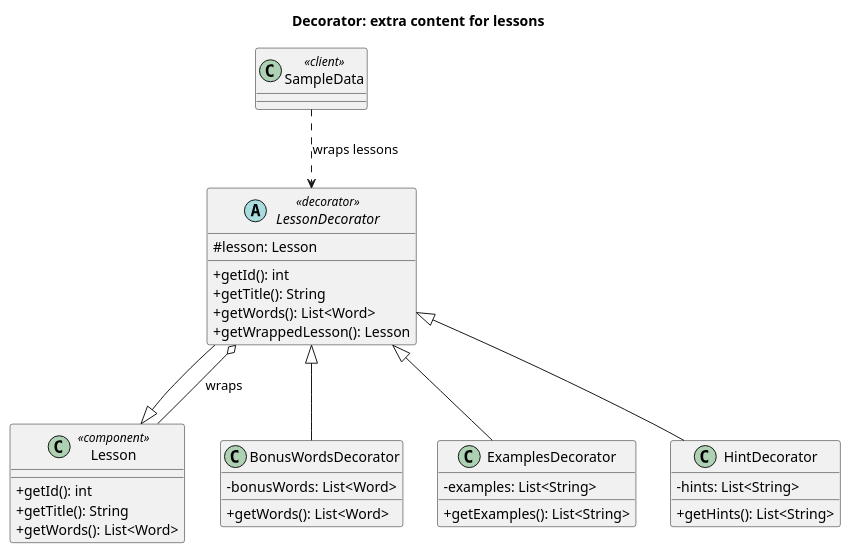
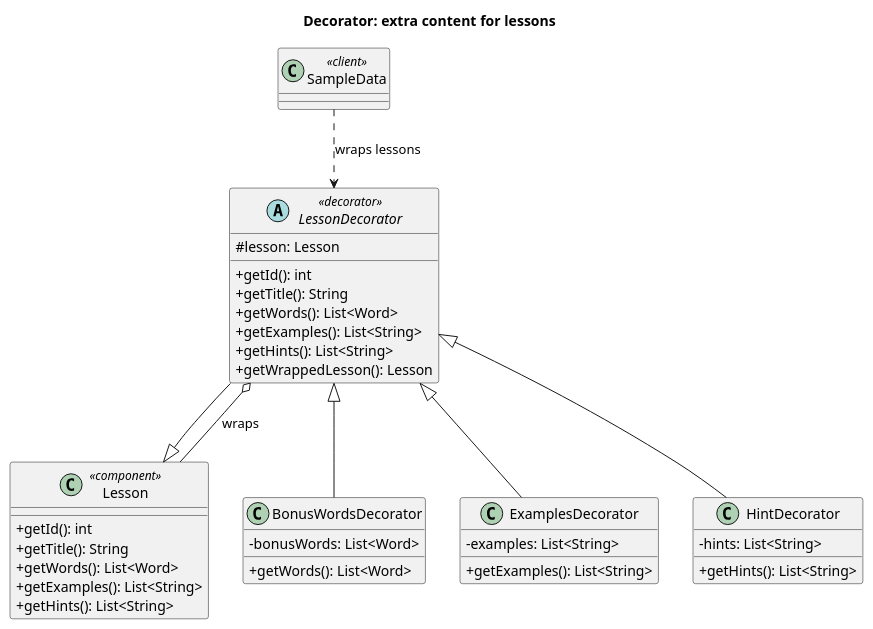
One commit to dariyase2508/SDP_FinalProject changed the diagram in diagrams/decorator.puml. Above: the diagram before and after it, drawn with PlantUML. The commit also changed 2 other files, not shown here.

```diff
--- a/diagrams/decorator.puml
+++ b/diagrams/decorator.puml
@@ -1,37 +1,41 @@
 @startuml decorator
 title Decorator: extra content for lessons
 skinparam classAttributeIconSize 0
 
 class Lesson <<component>> {
   +getId(): int
   +getTitle(): String
   +getWords(): List<Word>
+  +getExamples(): List<String>
+  +getHints(): List<String>
 }
 abstract class LessonDecorator <<decorator>> {
   #lesson: Lesson
   +getId(): int
   +getTitle(): String
   +getWords(): List<Word>
+  +getExamples(): List<String>
+  +getHints(): List<String>
   +getWrappedLesson(): Lesson
 }
 class BonusWordsDecorator {
   -bonusWords: List<Word>
   +getWords(): List<Word>
 }
 class ExamplesDecorator {
   -examples: List<String>
   +getExamples(): List<String>
 }
 class HintDecorator {
   -hints: List<String>
   +getHints(): List<String>
 }
 class SampleData <<client>>
 
 LessonDecorator --|> Lesson
 LessonDecorator o-- Lesson : wraps
 LessonDecorator <|-- BonusWordsDecorator
 LessonDecorator <|-- ExamplesDecorator
 LessonDecorator <|-- HintDecorator
 SampleData ..> LessonDecorator : wraps lessons
 @enduml
```
